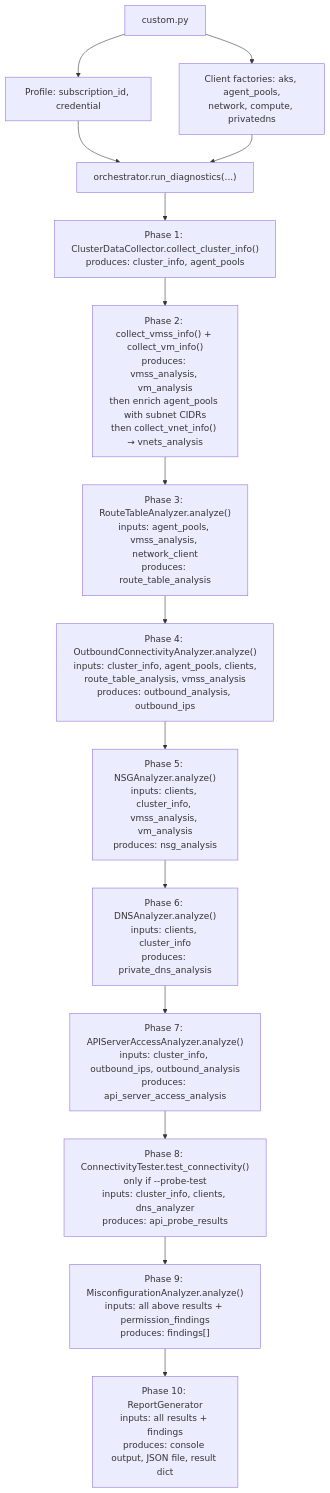
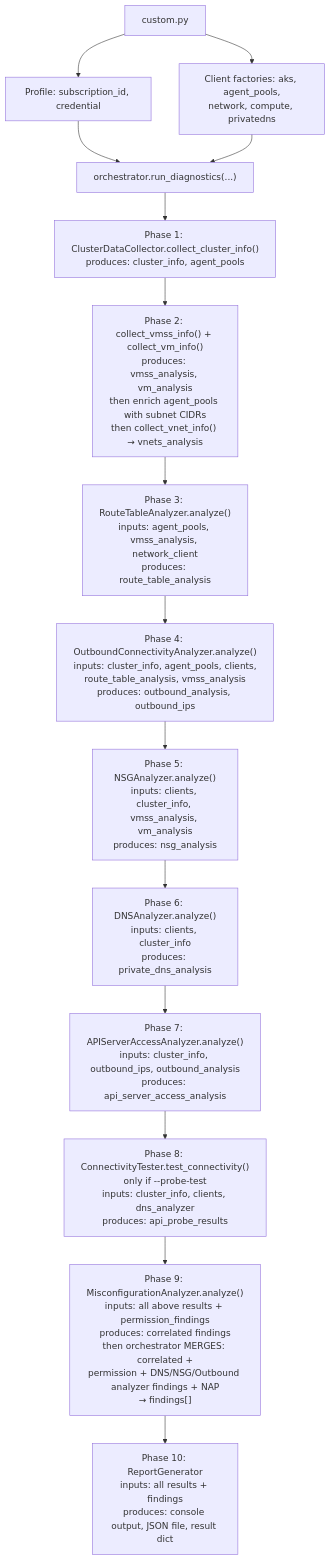
The third of 5 diagrams in aks-net-diagnostics-integration/ARCHITECTURE.md (sturrent/azure-cli-extensions), drawn with Mermaid before and after one commit. The commit also changed other lines of this file, not shown here.

Commit message:
docs: clarify findings model and analyzer/orchestrator aggregation in ARCHITECTURE.md

````diff
--- a/aks-net-diagnostics-integration/ARCHITECTURE.md
+++ b/aks-net-diagnostics-integration/ARCHITECTURE.md
@@ -418,18 +457,18 @@
 ```mermaid
 flowchart TD
     CUSTOM["custom.py"] --> PROFILE["Profile: subscription_id, credential"]
     CUSTOM --> CLIENTS["Client factories: aks, agent_pools,<br/>network, compute, privatedns"]
     PROFILE --> RD["orchestrator.run_diagnostics(...)"]
     CLIENTS --> RD
 
     RD --> P1["Phase 1: ClusterDataCollector.collect_cluster_info()<br/>produces: cluster_info, agent_pools"]
     P1 --> P2["Phase 2: collect_vmss_info() + collect_vm_info()<br/>produces: vmss_analysis, vm_analysis<br/>then enrich agent_pools with subnet CIDRs<br/>then collect_vnet_info() → vnets_analysis"]
     P2 --> P3["Phase 3: RouteTableAnalyzer.analyze()<br/>inputs: agent_pools, vmss_analysis, network_client<br/>produces: route_table_analysis"]
     P3 --> P4["Phase 4: OutboundConnectivityAnalyzer.analyze()<br/>inputs: cluster_info, agent_pools, clients,<br/>route_table_analysis, vmss_analysis<br/>produces: outbound_analysis, outbound_ips"]
     P4 --> P5["Phase 5: NSGAnalyzer.analyze()<br/>inputs: clients, cluster_info, vmss_analysis, vm_analysis<br/>produces: nsg_analysis"]
     P5 --> P6["Phase 6: DNSAnalyzer.analyze()<br/>inputs: clients, cluster_info<br/>produces: private_dns_analysis"]
     P6 --> P7["Phase 7: APIServerAccessAnalyzer.analyze()<br/>inputs: cluster_info, outbound_ips, outbound_analysis<br/>produces: api_server_access_analysis"]
     P7 --> P8["Phase 8: ConnectivityTester.test_connectivity()<br/>only if --probe-test<br/>inputs: cluster_info, clients, dns_analyzer<br/>produces: api_probe_results"]
-    P8 --> P9["Phase 9: MisconfigurationAnalyzer.analyze()<br/>inputs: all above results + permission_findings<br/>produces: findings[]"]
+    P8 --> P9["Phase 9: MisconfigurationAnalyzer.analyze()<br/>inputs: all above results + permission_findings<br/>produces: correlated findings<br/>then orchestrator MERGES: correlated +<br/>permission + DNS/NSG/Outbound analyzer findings + NAP<br/>→ findings[]"]
     P9 --> P10["Phase 10: ReportGenerator<br/>inputs: all results + findings<br/>produces: console output, JSON file, result dict"]
 ```
````
